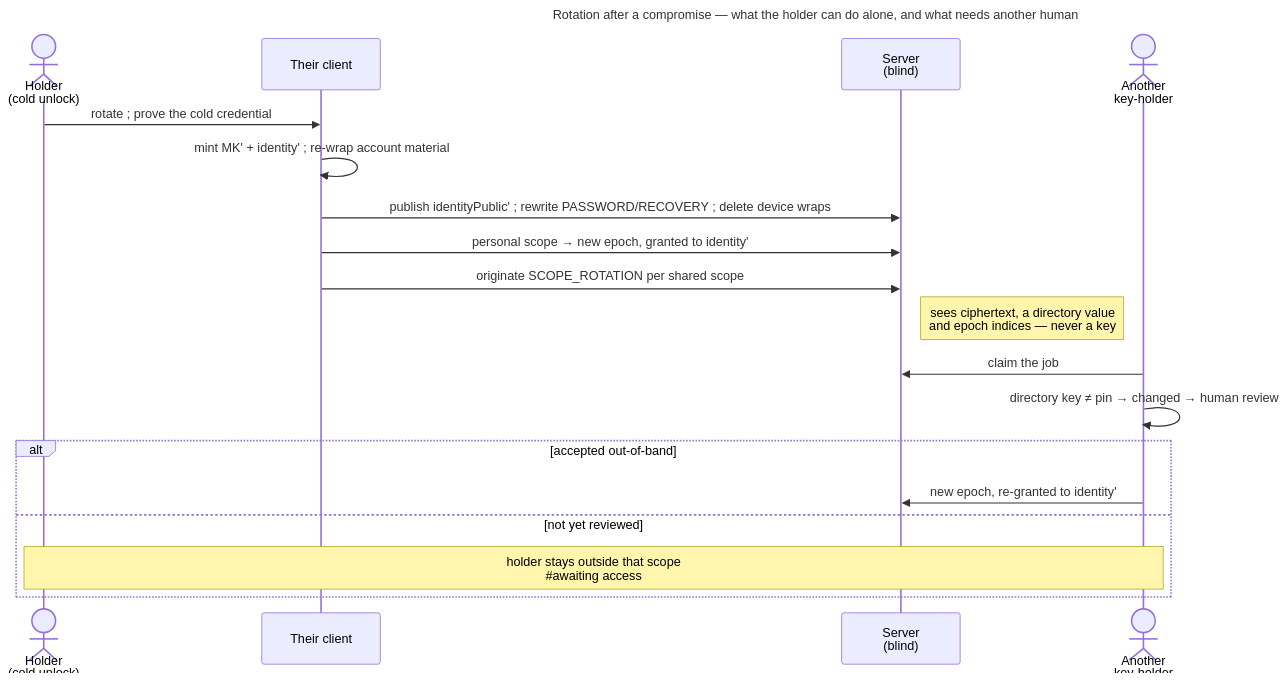
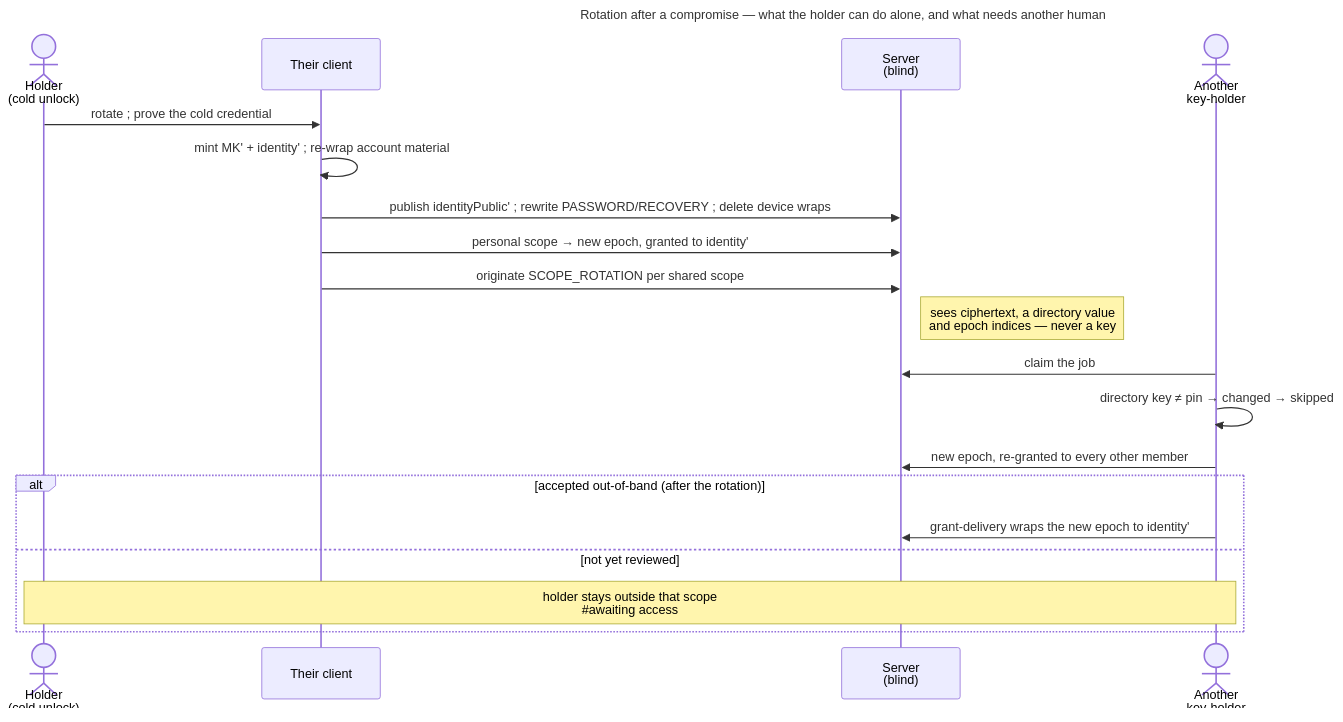
The diagram in docs/features/account/use-cases/uc.account.rotate-keys.md (raddatzk/veyq), drawn with Mermaid before and after one commit. The commit also changed other lines of this file and 2 other files, not shown here.

First line of the commit message:
docs(spaces): a grant is served with the key that signed it — ADR 0028 open note, rotate-keys E9

````diff
--- a/docs/features/account/use-cases/uc.account.rotate-keys.md
+++ b/docs/features/account/use-cases/uc.account.rotate-keys.md
@@ -65,23 +65,24 @@
 ```mermaid
 ---
 title: Rotation after a compromise — what the holder can do alone, and what needs another human
 ---
 sequenceDiagram
   actor U as Holder<br>(cold unlock)
   participant C as Their client
   participant S as Server<br>(blind)
   actor M as Another<br>key-holder
   U->>C: rotate #59; prove the cold credential
   C->>C: mint MK' + identity' #59; re-wrap account material
   C->>S: publish identityPublic' #59; rewrite PASSWORD/RECOVERY #59; delete device wraps
   C->>S: personal scope → new epoch, granted to identity'
   C->>S: originate SCOPE_ROTATION per shared scope
   Note right of S: sees ciphertext, a directory value<br>and epoch indices — never a key
   M->>S: claim the job
-  M->>M: directory key ≠ pin → changed → human review
-  alt accepted out-of-band
-  M->>S: new epoch, re-granted to identity'
+  M->>M: directory key ≠ pin → changed → skipped
+  M->>S: new epoch, re-granted to every other member
+  alt accepted out-of-band (after the rotation)
+  M->>S: grant-delivery wraps the new epoch to identity'
   else not yet reviewed
   Note over U,M: holder stays outside that scope<br>#35;awaiting access
   end
 ```
````
